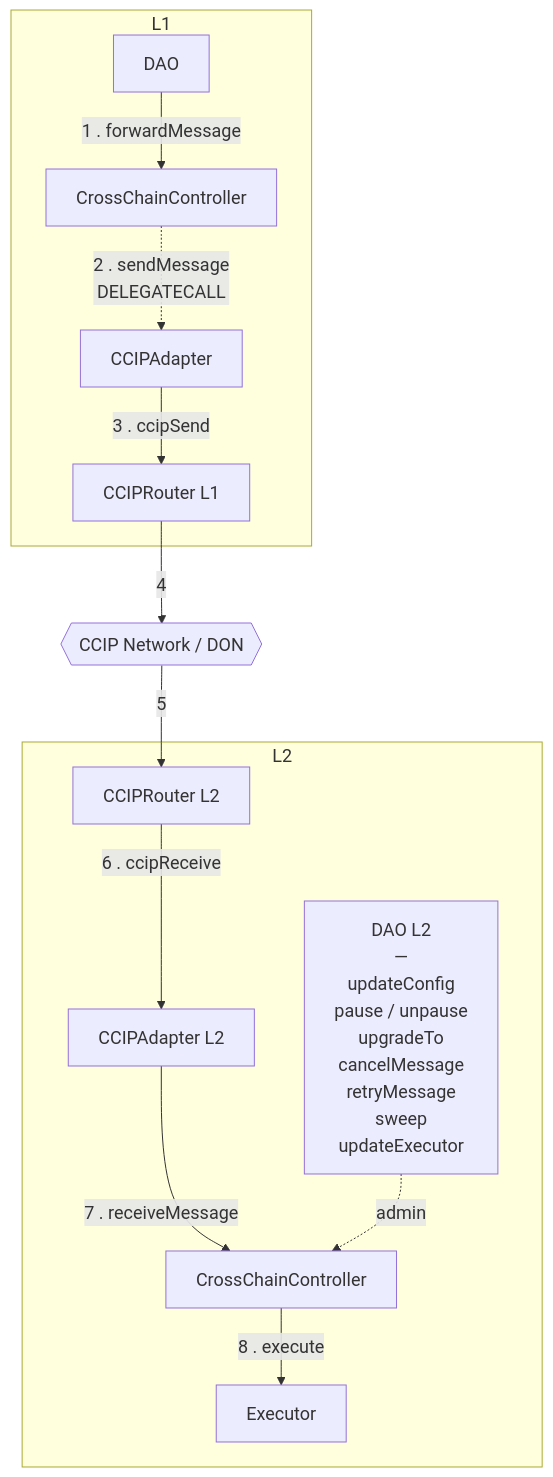
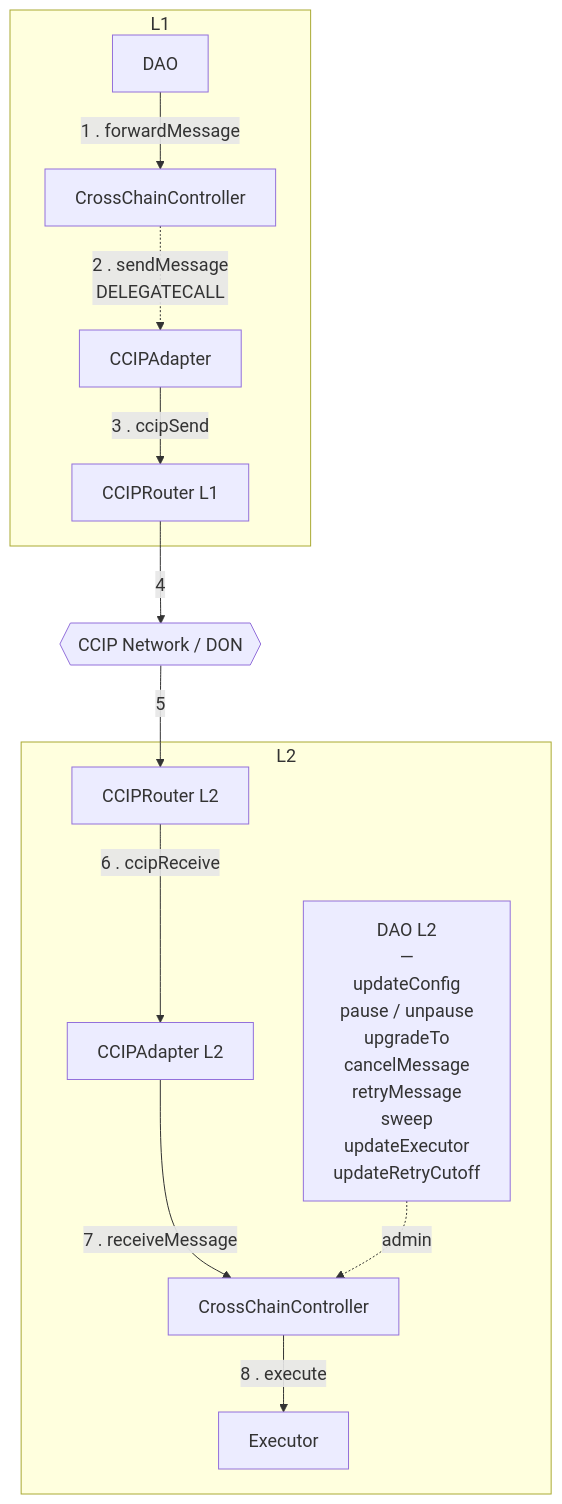
One commit to giorgilagidze/ccip changed the diagram in specs/SPEC.md. Above: the diagram before and after it, drawn with Mermaid. The commit also changed other lines of this file and 22 other files, not shown here.

````diff
--- a/specs/SPEC.md
+++ b/specs/SPEC.md
@@ -62,30 +60,30 @@
 ```mermaid
 %%{init: {"themeVariables": {"fontSize": "18px"}}}%%
 flowchart TB
   subgraph L1
     DAO[DAO]
     CCC1[CrossChainController]
     ADP1[CCIPAdapter]
     ROUTER1[CCIPRouter L1]
   end
 
   CCIP{{CCIP Network / DON}}
 
   subgraph L2
     ROUTER2[CCIPRouter L2]
     ADP2[CCIPAdapter L2]
     CCC2[CrossChainController]
-    DAO2["DAO L2<br/>—<br/>updateConfig<br/>pause / unpause<br/>upgradeTo<br/>cancelMessage<br/>retryMessage<br/>sweep<br/>updateExecutor"]
+    DAO2["DAO L2<br/>—<br/>updateConfig<br/>pause / unpause<br/>upgradeTo<br/>cancelMessage<br/>retryMessage<br/>sweep<br/>updateExecutor<br/>updateRetryCutoff"]
     EXEC[Executor]
   end
 
   DAO -->|1 . forwardMessage| CCC1
   CCC1 -.->|2 . sendMessage<br/>DELEGATECALL| ADP1
   ADP1 -->|3 . ccipSend| ROUTER1
   ROUTER1 -->|4| CCIP
   CCIP -->|5| ROUTER2
   ROUTER2 -->|6 . ccipReceive| ADP2
   ADP2 -->|7 . receiveMessage| CCC2
   CCC2 -->|8 . execute| EXEC
   DAO2 -.->|admin| CCC2
 ```
````
